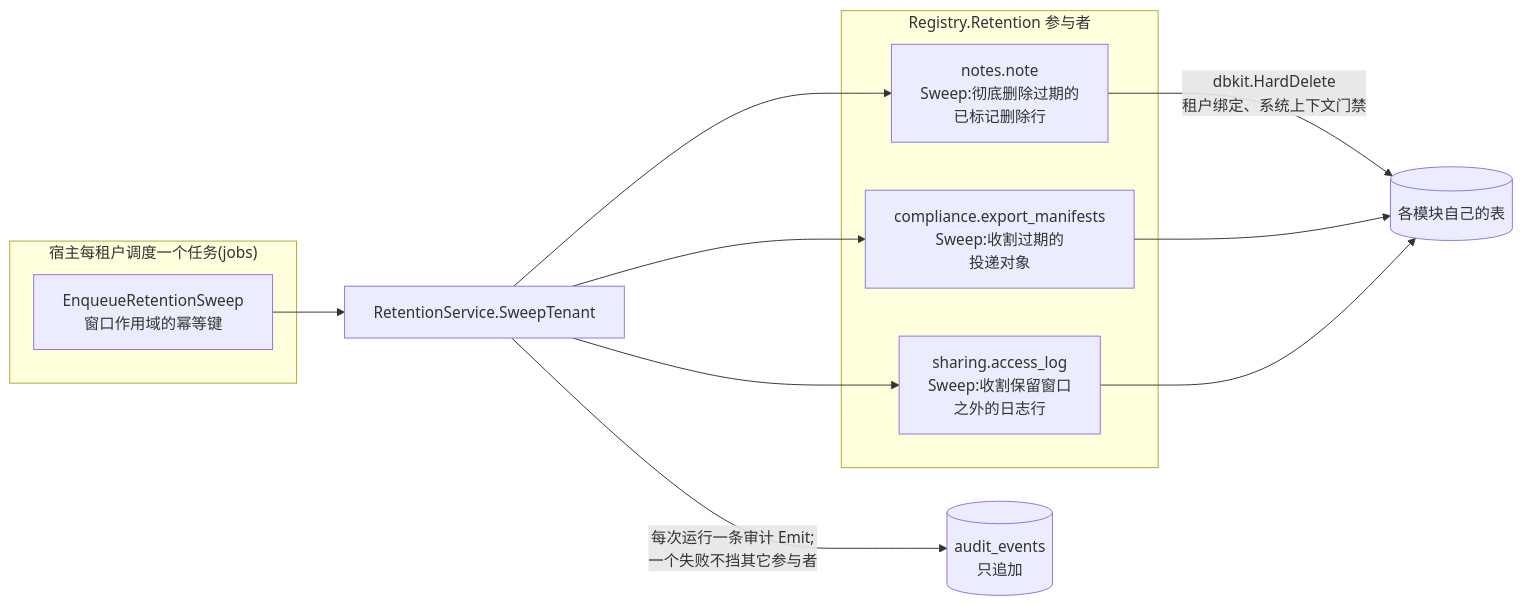
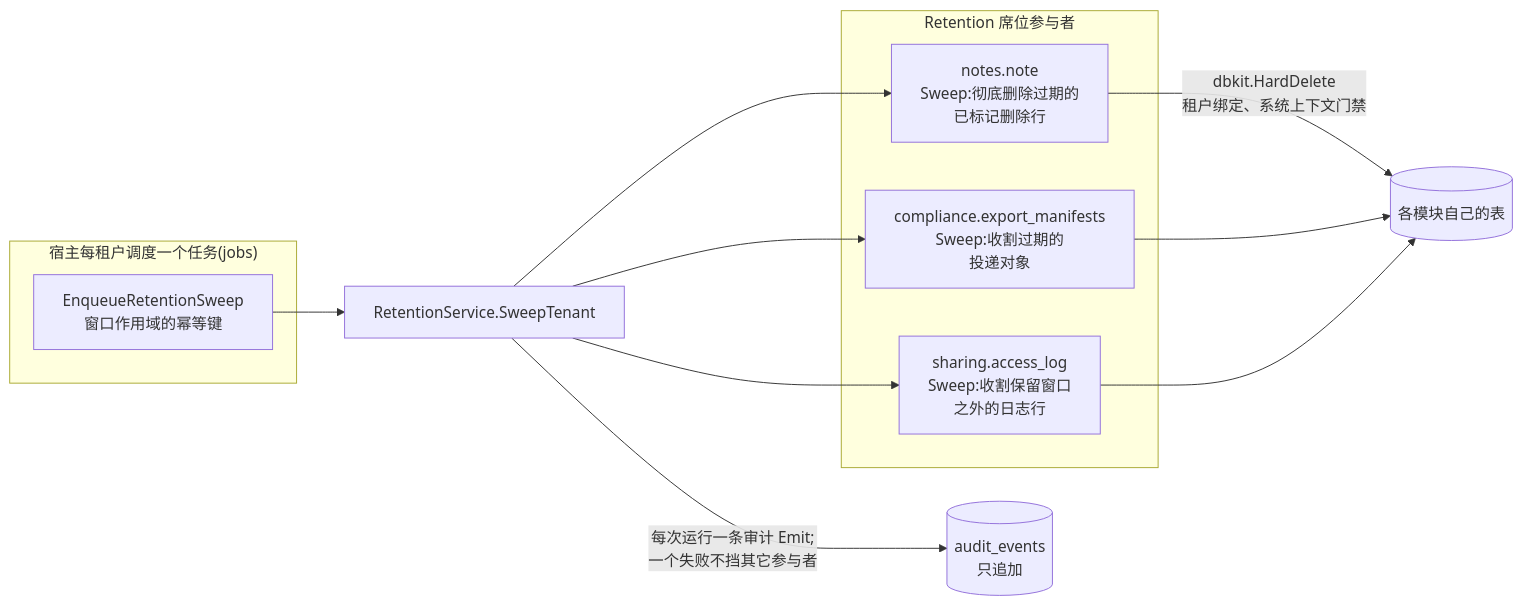
The diagram in docs/site/content.zh-cn/docs/developer-docs/modules/capabilities/compliance.md (vislake/speed), drawn with Mermaid before and after one commit. The commit also changed other lines of this file and 172 other files, not shown here.

````diff
--- a/docs/site/content.zh-cn/docs/developer-docs/modules/capabilities/compliance.md
+++ b/docs/site/content.zh-cn/docs/developer-docs/modules/capabilities/compliance.md
@@ -23,20 +23,20 @@
 ```mermaid
 flowchart LR
     subgraph host["宿主每租户调度一个任务(jobs)"]
         E["EnqueueRetentionSweep<br/>窗口作用域的幂等键"]
     end
     R["RetentionService.SweepTenant"]
-    subgraph reg["Registry.Retention 参与者"]
+    subgraph reg["Retention 席位参与者"]
         P1["notes.note<br/>Sweep:彻底删除过期的<br/>已标记删除行"]
         P2["compliance.export_manifests<br/>Sweep:收割过期的<br/>投递对象"]
         P3["sharing.access_log<br/>Sweep:收割保留窗口<br/>之外的日志行"]
     end
     E --> R
     R -->|"每次运行一条审计 Emit;<br/>一个失败不挡其它参与者"| AUD[("audit_events<br/>只追加")]
     R --> P1
     R --> P2
     R --> P3
     P1 -->|"dbkit.HardDelete<br/>租户绑定、系统上下文门禁"| DB[("各模块自己的表")]
     P2 --> DB
     P3 --> DB
 ```
````
